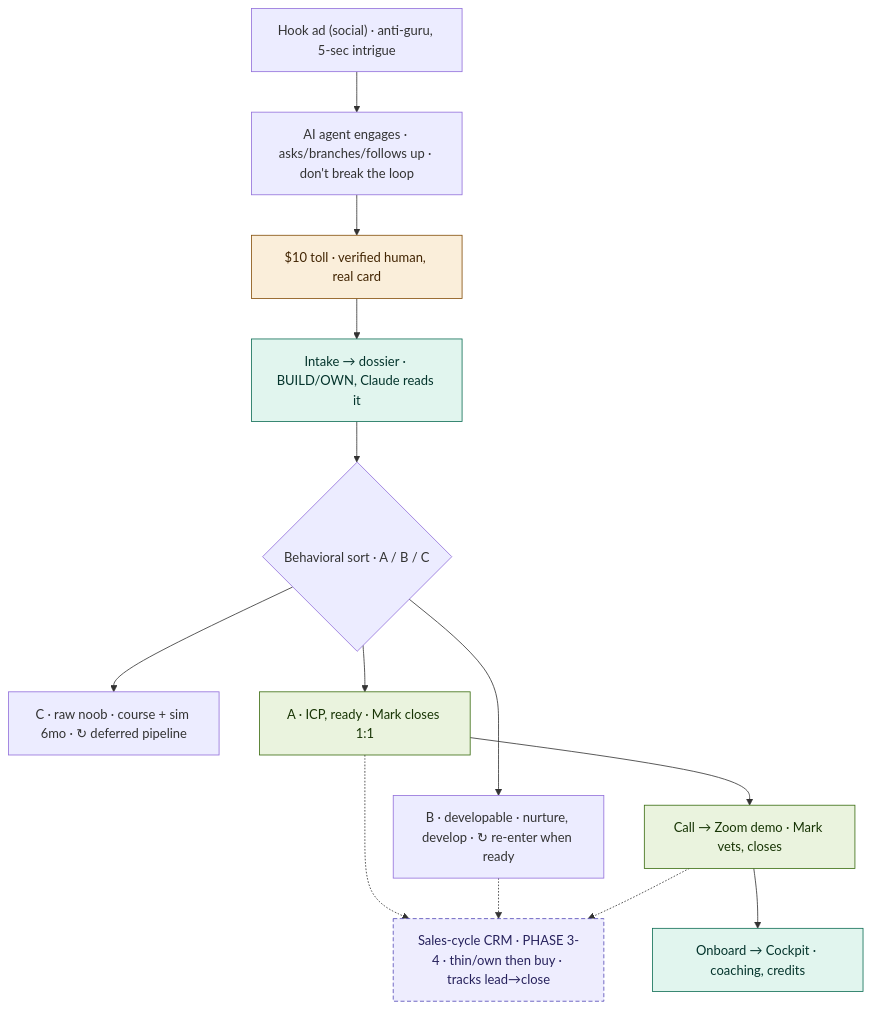
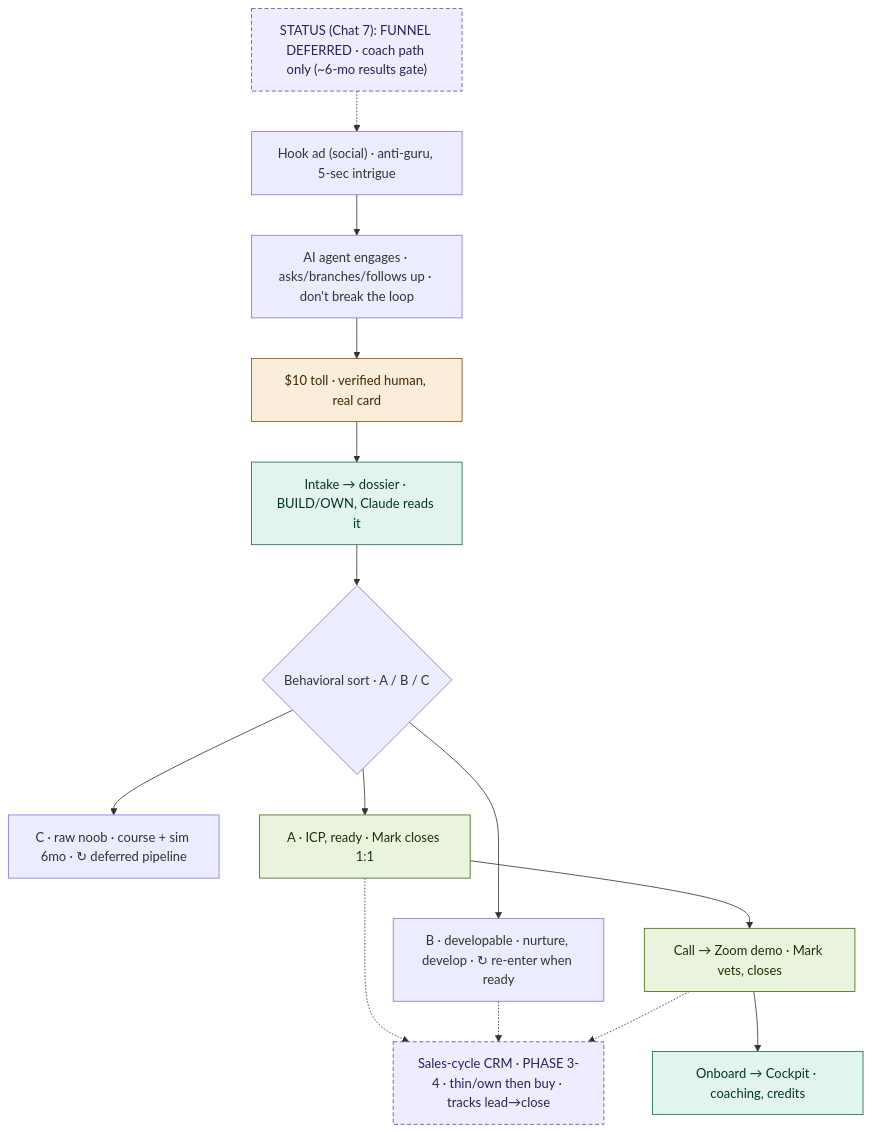
One commit to bionicbutterflyai/bionicbutterfly-goldmine changed the diagram in knowledge/funnel_routing_and_closer.md. Above: the diagram before and after it, drawn with Mermaid. The commit also changed other lines of this file and 14 other files, not shown here.

````diff
--- a/knowledge/funnel_routing_and_closer.md
+++ b/knowledge/funnel_routing_and_closer.md
@@ -57,27 +58,29 @@
 ```mermaid
 flowchart TD
+    DEF["STATUS (Chat 7): FUNNEL DEFERRED · coach path only (~6-mo results gate)"]:::future
     HOOK["Hook ad (social) · anti-guru, 5-sec intrigue"]
     AGENT["AI agent engages · asks/branches/follows up · don't break the loop"]
     TOLL["$10 toll · verified human, real card"]:::gate
     INTAKE["Intake → dossier · BUILD/OWN, Claude reads it"]:::own
     SORT{"Behavioral sort · A / B / C"}
     C["C · raw noob · course + sim 6mo · ↻ deferred pipeline"]
     B["B · developable · nurture, develop · ↻ re-enter when ready"]
     A["A · ICP, ready · Mark closes 1:1"]:::win
     CLOSE["Call → Zoom demo · Mark vets, closes"]:::win
     ONB["Onboard → Cockpit · coaching, credits"]:::own
     CRM["Sales-cycle CRM · PHASE 3-4 · thin/own then buy · tracks lead→close"]:::future
 
+    DEF -.-> HOOK
     HOOK --> AGENT --> TOLL --> INTAKE --> SORT
     SORT --> C
     SORT --> B
     SORT --> A --> CLOSE --> ONB
     A -.-> CRM
     B -.-> CRM
     CLOSE -.-> CRM
 
     classDef own fill:#E1F5EE,stroke:#0F6E56,color:#04342C;
     classDef win fill:#EAF3DE,stroke:#3B6D11,color:#173404;
     classDef gate fill:#FAEEDA,stroke:#854F0B,color:#412402;
     classDef future fill:#EEEDFE,stroke:#534AB7,color:#26215C,stroke-dasharray:5 3;
 ```
````
